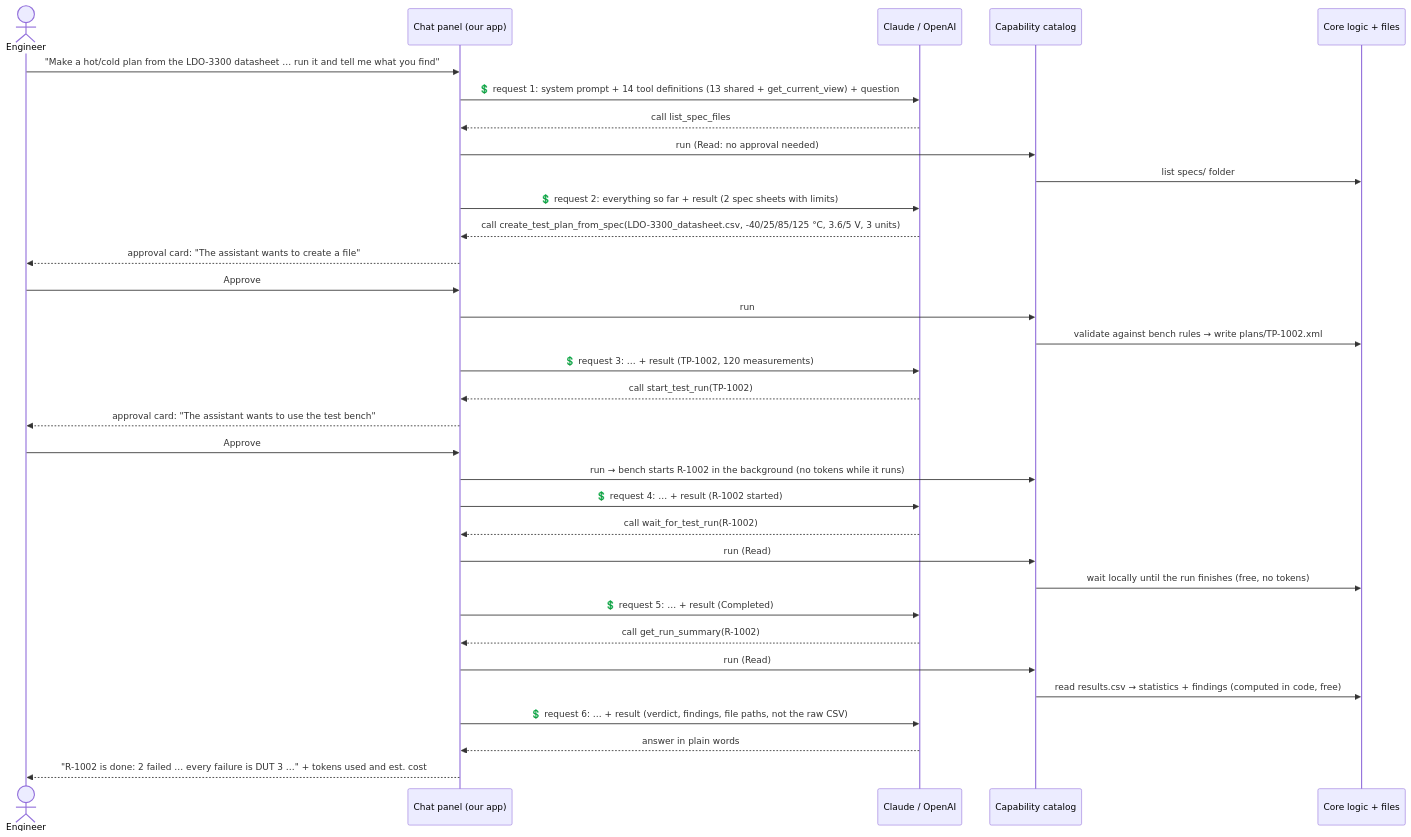
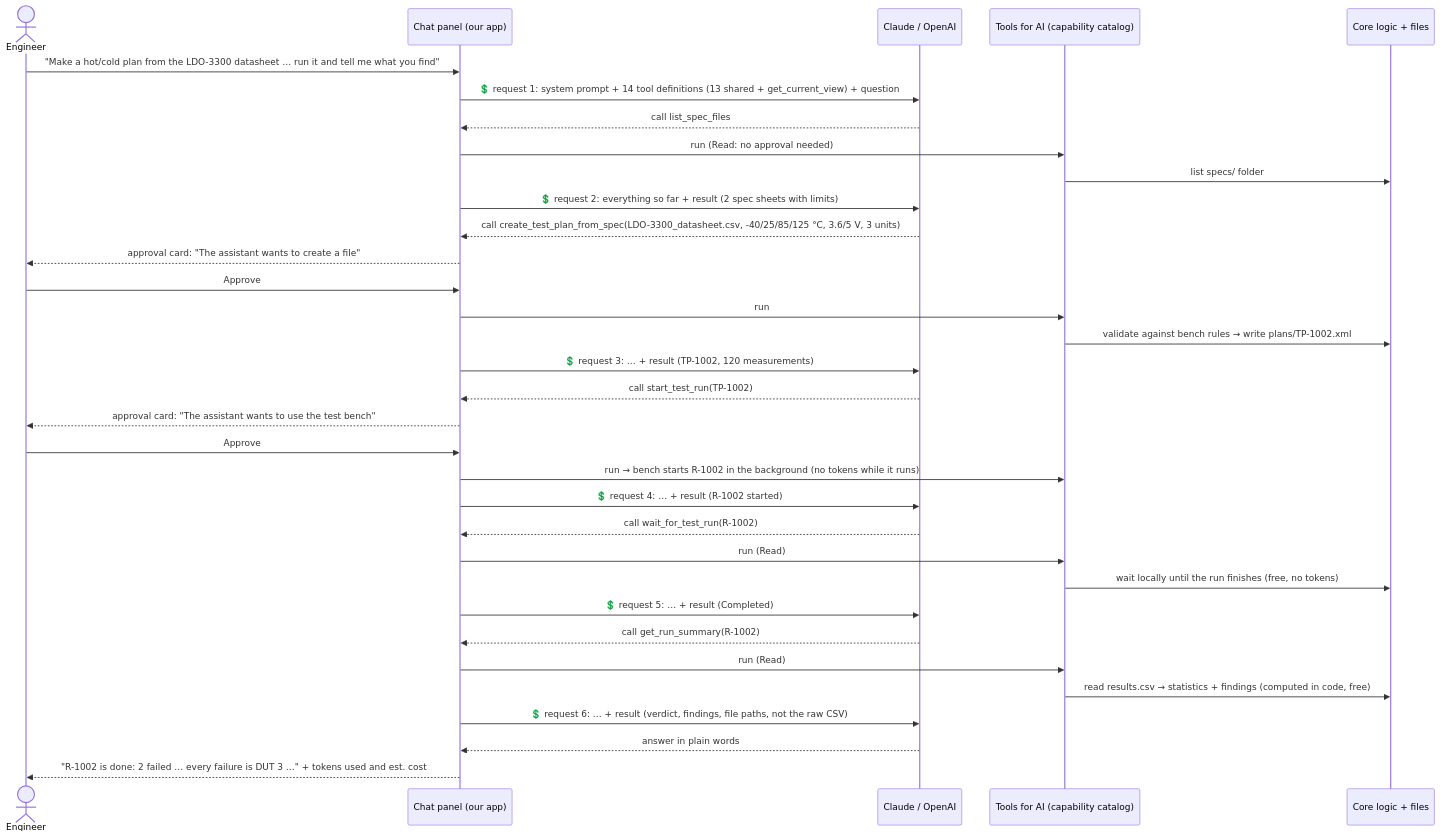
The third of 6 diagrams in docs/design.md (RelentlessOldMan/ChatbotAddonDemo), drawn with Mermaid before and after one commit. The commit also changed other lines of this file and 1 other file, not shown here.

First line of the commit message:
Docs: label the capability catalog as 'Tools for AI' in the diagrams and explain it

````diff
--- a/docs/design.md
+++ b/docs/design.md
@@ -203,36 +203,36 @@
 ```mermaid
 sequenceDiagram
     actor U as Engineer
     participant P as Chat panel (our app)
     participant M as Claude / OpenAI
-    participant C as Capability catalog
+    participant C as Tools for AI (capability catalog)
     participant B as Core logic + files
 
     U->>P: "Make a hot/cold plan from the LDO-3300 datasheet … run it and tell me what you find"
     P->>M: 💲 request 1: system prompt + 14 tool definitions (13 shared + get_current_view) + question
     M-->>P: call list_spec_files
     P->>C: run (Read: no approval needed)
     C->>B: list specs/ folder
     P->>M: 💲 request 2: everything so far + result (2 spec sheets with limits)
     M-->>P: call create_test_plan_from_spec(LDO-3300_datasheet.csv, -40/25/85/125 °C, 3.6/5 V, 3 units)
     P-->>U: approval card: "The assistant wants to create a file"
     U->>P: Approve
     P->>C: run
     C->>B: validate against bench rules → write plans/TP-1002.xml
     P->>M: 💲 request 3: … + result (TP-1002, 120 measurements)
     M-->>P: call start_test_run(TP-1002)
     P-->>U: approval card: "The assistant wants to use the test bench"
     U->>P: Approve
     P->>C: run → bench starts R-1002 in the background (no tokens while it runs)
     P->>M: 💲 request 4: … + result (R-1002 started)
     M-->>P: call wait_for_test_run(R-1002)
     P->>C: run (Read)
     C->>B: wait locally until the run finishes (free, no tokens)
     P->>M: 💲 request 5: … + result (Completed)
     M-->>P: call get_run_summary(R-1002)
     P->>C: run (Read)
     C->>B: read results.csv → statistics + findings (computed in code, free)
     P->>M: 💲 request 6: … + result (verdict, findings, file paths, not the raw CSV)
     M-->>P: answer in plain words
     P-->>U: "R-1002 is done: 2 failed … every failure is DUT 3 …" + tokens used and est. cost
 ```
````
